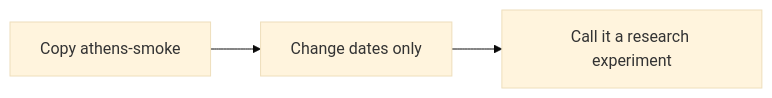
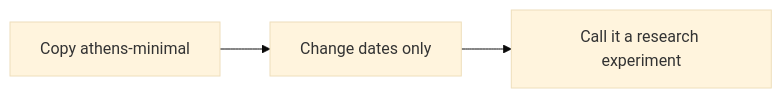
One commit to YONGHUNI/wrfkit changed the first of 2 diagrams in docs/caveats.md. Above: the diagram before and after it, drawn with Mermaid (base theme). The commit also changed other lines of this file and 6 other files, not shown here.

````diff
--- a/docs/caveats.md
+++ b/docs/caveats.md
@@ -81,4 +81,4 @@
 ```mermaid
 flowchart LR
-    A["Copy athens-smoke"] --> B["Change dates only"] --> C["Call it a research experiment"]
+    A["Copy athens-minimal"] --> B["Change dates only"] --> C["Call it a research experiment"]
 ```
````
